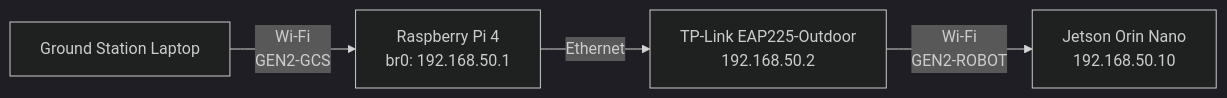
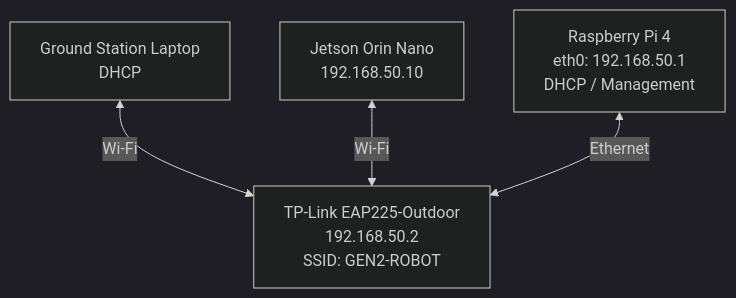
The first of 2 diagrams in README.md (AkimaraYouki/GEN2-GCS-Network), drawn with Mermaid (dark theme) before and after one commit. The commit also changed other lines of this file and 14 other files, not shown here.

Commit message:
Revise architecture: EAP225 single AP (GEN2-ROBOT), Pi eth0 only; archive bridge runbook

````diff
--- a/README.md
+++ b/README.md
@@ -23,11 +23,12 @@
 ```mermaid
-flowchart LR
-    GCS["Ground Station Laptop"]
-    PI["Raspberry Pi 4<br/>br0: 192.168.50.1"]
-    EAP["TP-Link EAP225-Outdoor<br/>192.168.50.2"]
+flowchart TD
+    EAP["TP-Link EAP225-Outdoor<br/>192.168.50.2<br/>SSID: GEN2-ROBOT"]
+
+    GCS["Ground Station Laptop<br/>DHCP"]
     JETSON["Jetson Orin Nano<br/>192.168.50.10"]
+    PI["Raspberry Pi 4<br/>eth0: 192.168.50.1<br/>DHCP / Management"]
 
-    GCS -- "Wi-Fi<br/>GEN2-GCS" --> PI
-    PI -- "Ethernet" --> EAP
-    EAP -- "Wi-Fi<br/>GEN2-ROBOT" --> JETSON
+    GCS <-->|Wi-Fi| EAP
+    JETSON <-->|Wi-Fi| EAP
+    PI <-->|Ethernet| EAP
 ```
````
